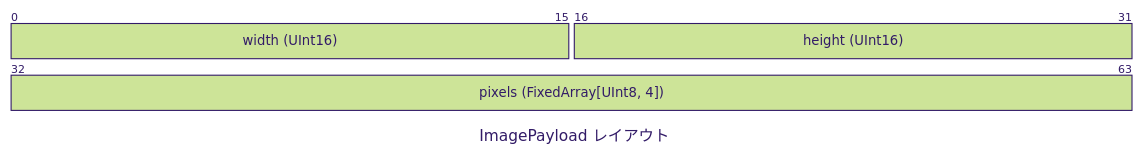
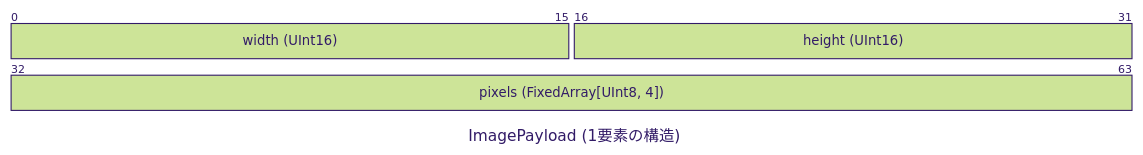
One commit to tamon-ishii/binary_master changed the fourth of 4 diagrams in manual.md. Above: the diagram before and after it, drawn with Mermaid (forest theme). The commit also changed other lines of this file and 12 other files, not shown here.

````diff
--- a/manual.md
+++ b/manual.md
@@ -65,7 +83,7 @@
 ```mermaid
 packet-beta
-title ImagePayload レイアウト
+title ImagePayload (1要素の構造)
 0-15: "width (UInt16)"
 16-31: "height (UInt16)"
 32-63: "pixels (FixedArray[UInt8, 4])"
 ```
````
